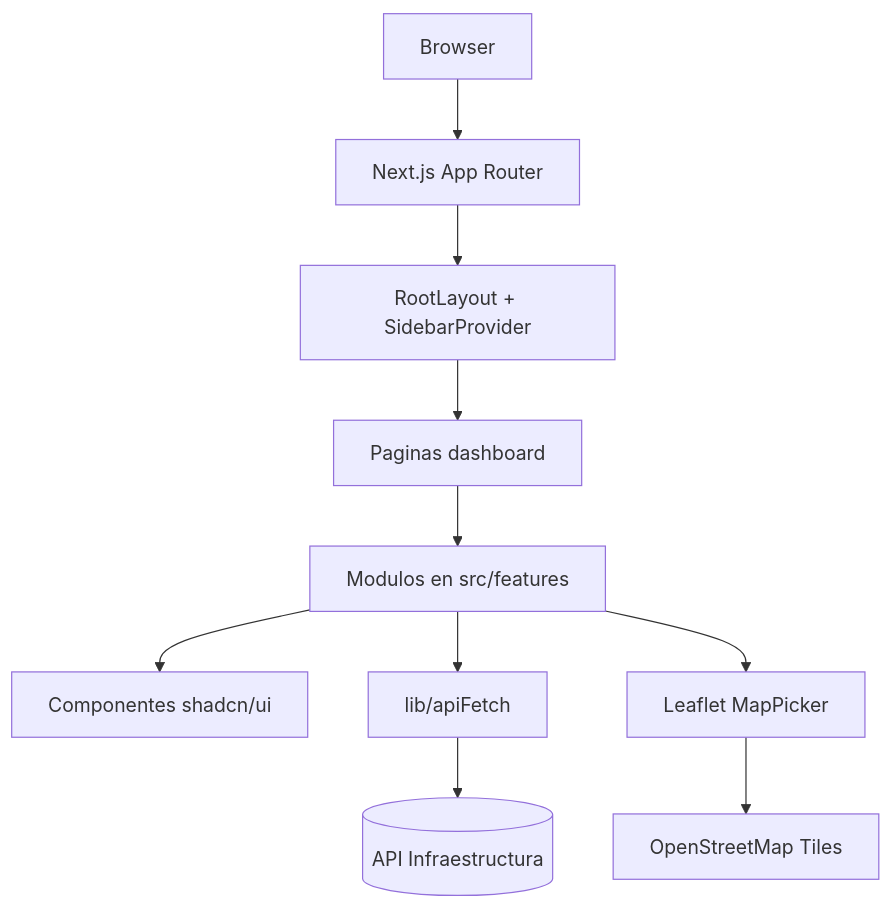
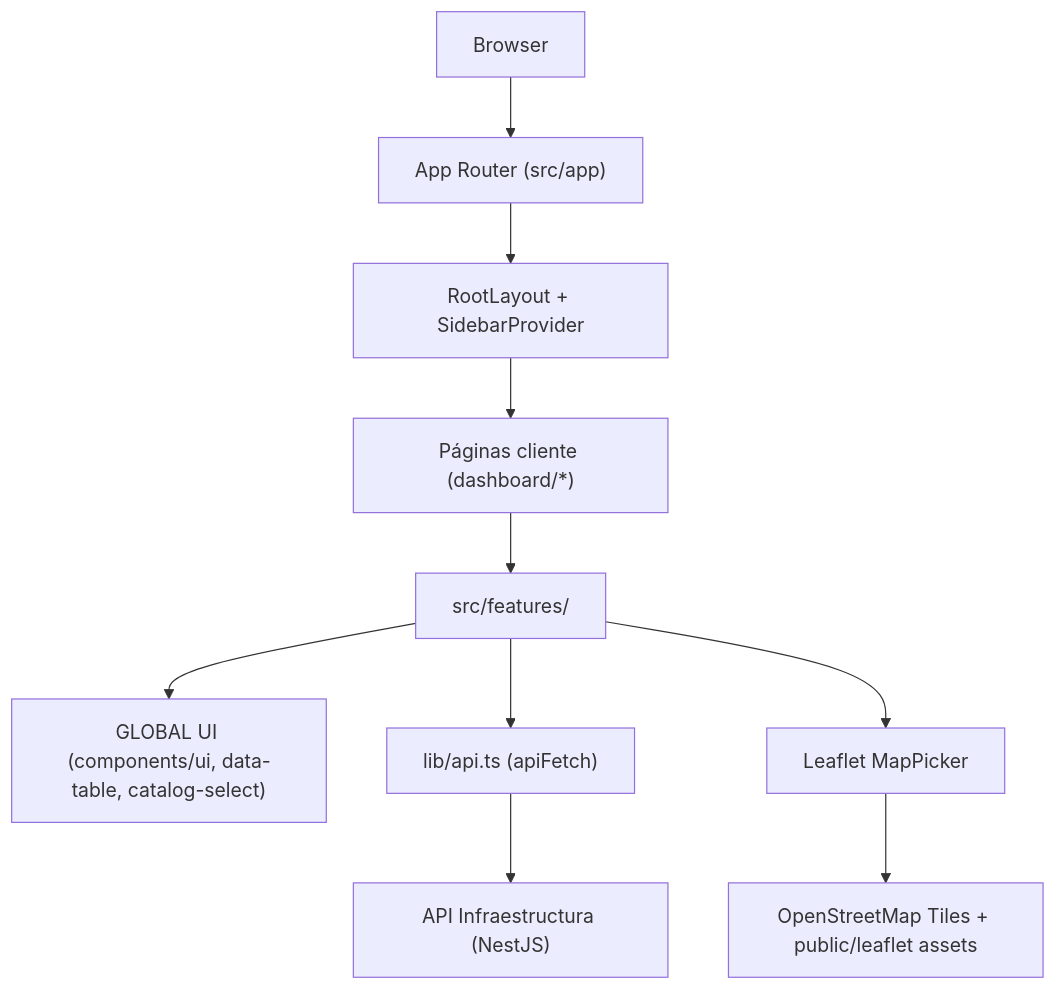
Before and after one commit to JosuePerezValenzuela/Web-infraestructura: the diagram in ARCHITECTURE.md, drawn with Mermaid. The commit also changed other lines of this file, not shown here.

````diff
--- a/ARCHITECTURE.md
+++ b/ARCHITECTURE.md
@@ -27,12 +83,12 @@
 ```mermaid
 graph TD
-    Browser --> AppRouter[Next.js App Router]
-    AppRouter --> Layout[RootLayout + SidebarProvider]
-    Layout --> DashboardPages[Paginas dashboard]
-    DashboardPages --> Features[Modulos en src/features]
-    Features --> UI[Componentes shadcn/ui]
-    Features --> APIClient[lib/apiFetch]
-    APIClient --> Backend[(API Infraestructura)]
-    Features --> MapPicker[Leaflet MapPicker]
-    MapPicker --> OSM[OpenStreetMap Tiles]
+    Browser --> AppRouter["App Router (src/app)"]
+    AppRouter --> Layout["RootLayout + SidebarProvider"]
+    Layout --> Pages["Páginas cliente (dashboard/*)"]
+    Pages --> Features["src/features/<dominio>"]
+    Features --> UI["GLOBAL UI (components/ui, data-table, catalog-select)"]
+    Features --> Port["lib/api.ts (apiFetch)"]
+    Port --> Backend["API Infraestructura (NestJS)"]
+    Features --> Map["Leaflet MapPicker"]
+    Map --> Tiles["OpenStreetMap Tiles + public/leaflet assets"]
 ```
````
